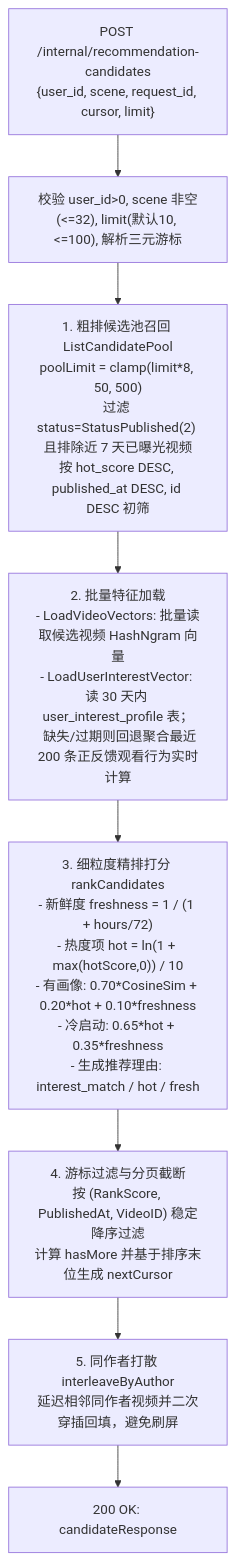
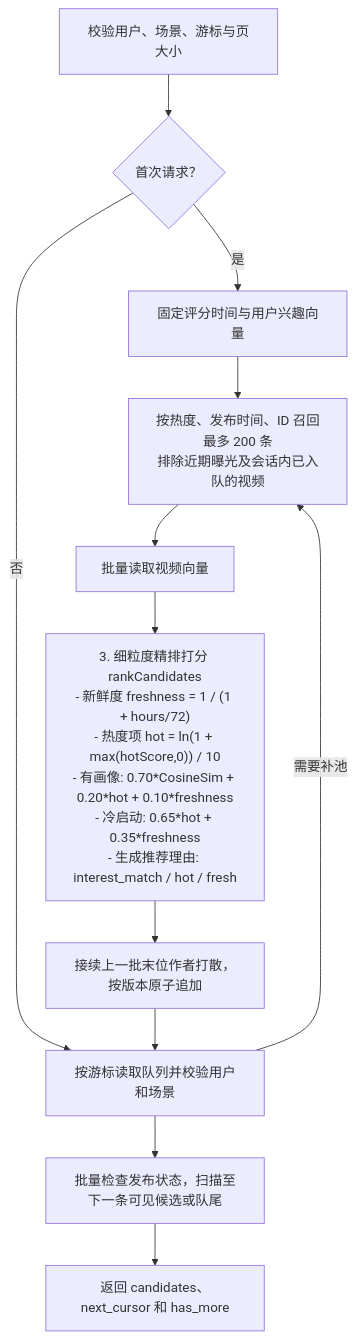
One commit to AcCelerat0ro6/DreamReel changed the sixth of 8 diagrams in docs/api_chains_guide.md. Above: the diagram before and after it, drawn with Mermaid. The commit also changed other lines of this file and 171 other files, not shown here.

````diff
--- a/docs/api_chains_guide.md
+++ b/docs/api_chains_guide.md
@@ -310,10 +310,14 @@
 ```mermaid
 flowchart TD
-    In["POST /internal/recommendation-candidates<br/>{user_id, scene, request_id, cursor, limit}"] --> Valid["校验 user_id>0, scene 非空(<=32), limit(默认10, <=100), 解析三元游标"]
-    Valid --> Pool["1. 粗排候选池召回 ListCandidatePool<br/>poolLimit = clamp(limit*8, 50, 500)<br/>过滤 status=StatusPublished(2) 且排除近 7 天已曝光视频<br/>按 hot_score DESC, published_at DESC, id DESC 初筛"]
-    Pool --> Vector["2. 批量特征加载<br/>- LoadVideoVectors: 批量读取候选视频 HashNgram 向量<br/>- LoadUserInterestVector: 读 30 天内 user_interest_profile 表；<br/>  缺失/过期则回退聚合最近 200 条正反馈观看行为实时计算"]
+    In["校验用户、场景、游标与页大小"] --> New{"首次请求？"}
+    New -->|是| Profile["固定评分时间与用户兴趣向量"]
+    Profile --> Pool["按热度、发布时间、ID 召回最多 200 条<br/>排除近期曝光及会话内已入队的视频"]
+    New -->|否| Read["按游标读取队列并校验用户和场景"]
+    Read -->|需要补池| Pool
+    Pool --> Vector["批量读取视频向量"]
     Vector --> Rank["3. 细粒度精排打分 rankCandidates<br/>- 新鲜度 freshness = 1 / (1 + hours/72)<br/>- 热度项 hot = ln(1 + max(hotScore,0)) / 10<br/>- 有画像: 0.70*CosineSim + 0.20*hot + 0.10*freshness<br/>- 冷启动: 0.65*hot + 0.35*freshness<br/>- 生成推荐理由: interest_match / hot / fresh"]
-    Rank --> CursorFilter["4. 游标过滤与分页截断<br/>按 (RankScore, PublishedAt, VideoID) 稳定降序过滤<br/>计算 hasMore 并基于排序末位生成 nextCursor"]
-    CursorFilter --> Interleave["5. 同作者打散 interleaveByAuthor<br/>延迟相邻同作者视频并二次穿插回填，避免刷屏"]
-    Interleave --> Out["200 OK: candidateResponse"]
+    Rank --> Append["接续上一批末位作者打散，按版本原子追加"]
+    Append --> Read
+    Read --> Page["批量检查发布状态，扫描至下一条可见候选或队尾"]
+    Page --> Out["返回 candidates、next_cursor 和 has_more"]
 ```
````
